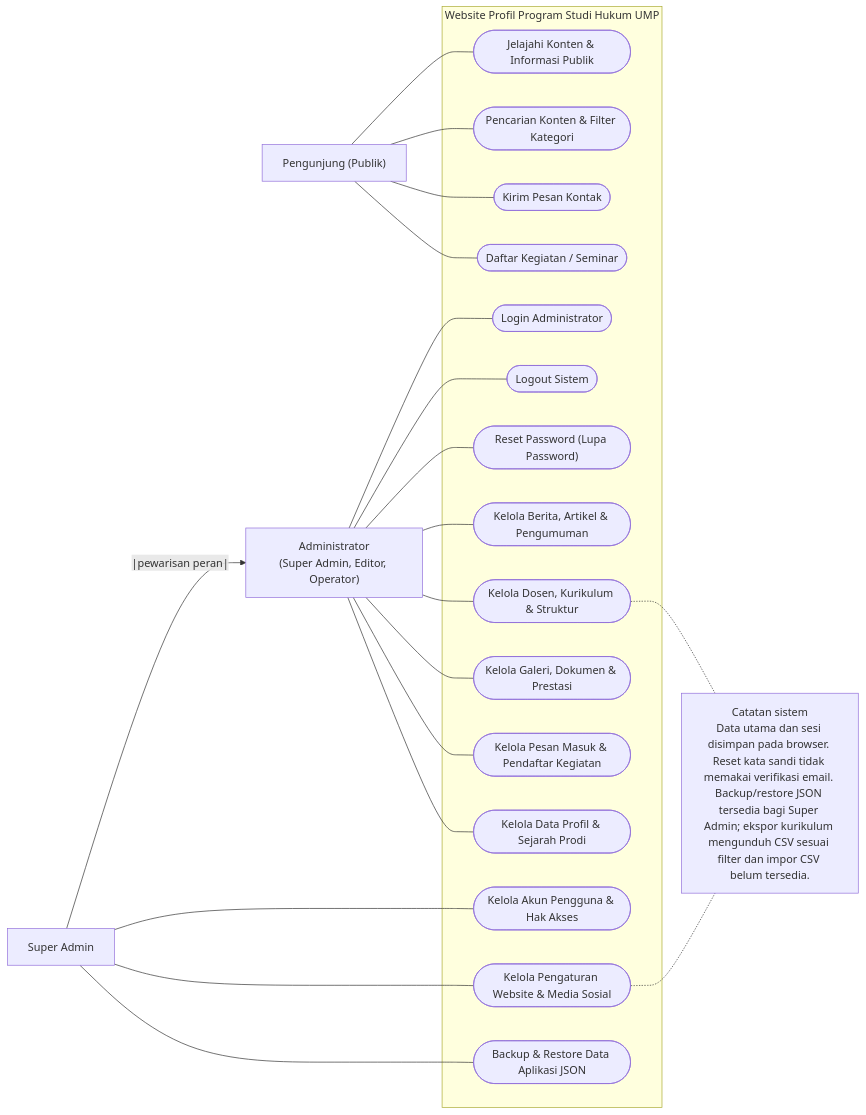
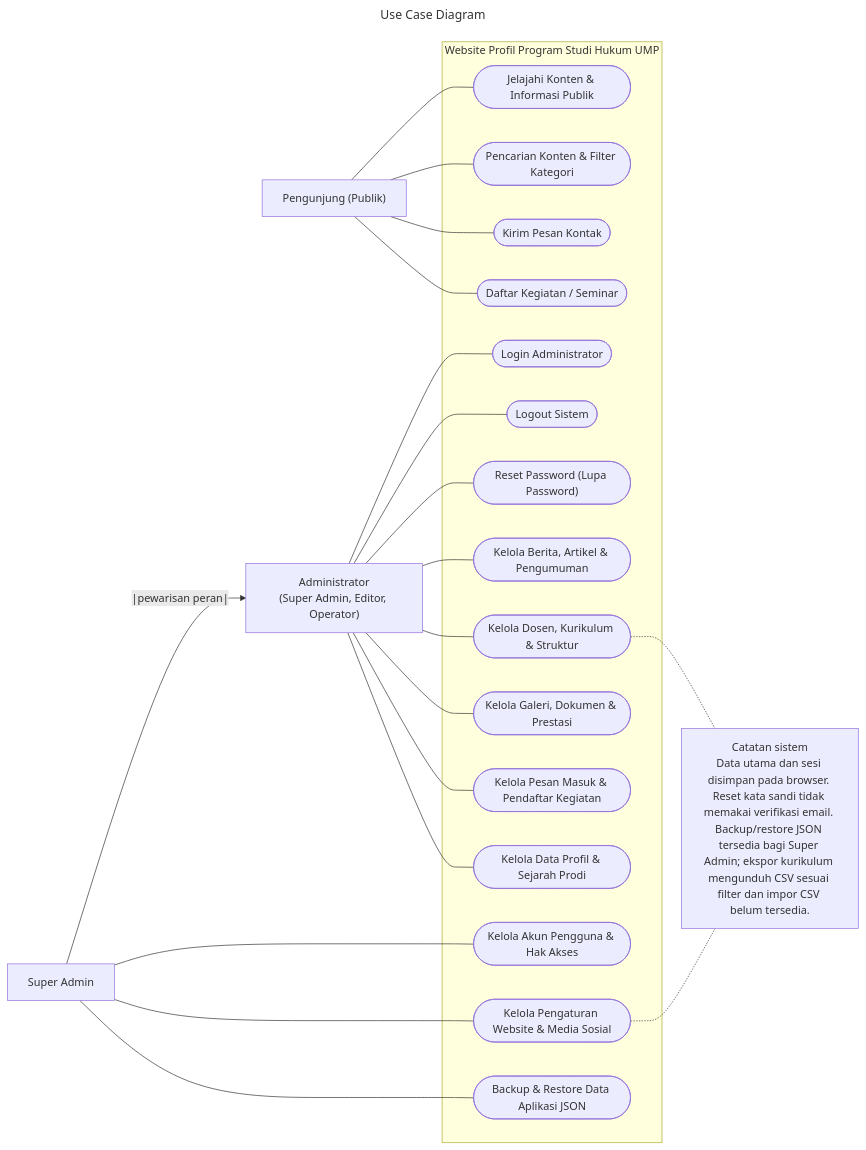
Before and after one commit to ipo-rk/Perancangan-Dan-Pengembangan-website-profil-UMP-: the diagram in assets/docs/diagrams/usecase-diagram.mmd, drawn with Mermaid. The commit also changed 67 other files, not shown here.

Commit message:
UPgrade Diagram Admin

```diff
--- a/assets/docs/diagrams/usecase-diagram.mmd
+++ b/assets/docs/diagrams/usecase-diagram.mmd
@@ -1,60 +1,63 @@
+---
+title: Use Case Diagram
+---
 flowchart LR
     %% Aktor Sistem
     VISITOR["Pengunjung (Publik)"]
     ADMIN["Administrator\n(Super Admin, Editor, Operator)"]
     SUPER["Super Admin"]
 
     %% Generalisasi Aktor
     SUPER -- "|pewarisan peran|" --> ADMIN
 
     %% Batas Sistem (System Boundary)
     subgraph SISTEM["Website Profil Program Studi Hukum UMP"]
         %% Modul Publik
         UC_BROWSE(["Jelajahi Konten & Informasi Publik"])
         UC_SEARCH(["Pencarian Konten & Filter Kategori"])
         UC_CONTACT(["Kirim Pesan Kontak"])
         UC_REGISTER(["Daftar Kegiatan / Seminar"])
 
         %% Modul Autentikasi Admin
         UC_LOGIN(["Login Administrator"])
         UC_LOGOUT(["Logout Sistem"])
         UC_FORGOT(["Reset Password (Lupa Password)"])
 
         %% Modul Kelola Master & Konten (Admin & Super Admin)
         UC_BERITA(["Kelola Berita, Artikel & Pengumuman"])
         UC_AKADEMIK(["Kelola Dosen, Kurikulum & Struktur"])
         UC_MEDIA(["Kelola Galeri, Dokumen & Prestasi"])
         UC_INBOX(["Kelola Pesan Masuk & Pendaftar Kegiatan"])
         UC_PROFIL(["Kelola Data Profil & Sejarah Prodi"])
 
         %% Modul khusus yang dibatasi AUTH.guard() untuk Super Admin
         UC_USERS(["Kelola Akun Pengguna & Hak Akses"])
         UC_SETTINGS(["Kelola Pengaturan Website & Media Sosial"])
         UC_BACKUP(["Backup & Restore Data Aplikasi JSON"])
     end
 
     %% Relasi Pengunjung ke Use Case Publik
     VISITOR --- UC_BROWSE
     VISITOR --- UC_SEARCH
     VISITOR --- UC_CONTACT
     VISITOR --- UC_REGISTER
 
     %% Relasi Admin ke Use Case Manajemen Umum
     ADMIN --- UC_LOGIN
     ADMIN --- UC_LOGOUT
     ADMIN --- UC_FORGOT
     ADMIN --- UC_BERITA
     ADMIN --- UC_AKADEMIK
     ADMIN --- UC_MEDIA
     ADMIN --- UC_INBOX
     ADMIN --- UC_PROFIL
 
     %% Relasi Khusus Super Admin
     SUPER --- UC_USERS
     SUPER --- UC_SETTINGS
     SUPER --- UC_BACKUP
 
     %% Catatan Arsitektural Sistem (Non-Use Case)
     NOTE_STORAGE["Catatan sistem\nData utama dan sesi disimpan pada browser. Reset kata sandi tidak memakai verifikasi email. Backup/restore JSON tersedia bagi Super Admin; ekspor kurikulum mengunduh CSV sesuai filter dan impor CSV belum tersedia."]
     UC_AKADEMIK -.- NOTE_STORAGE
     UC_SETTINGS -.- NOTE_STORAGE
```
